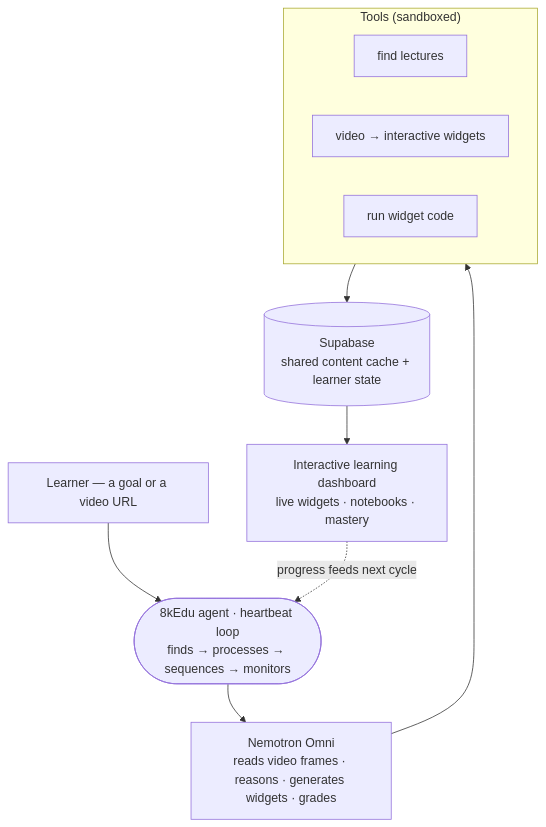
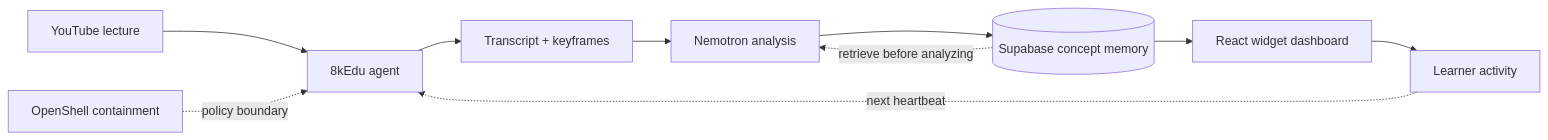
The diagram in README.md (8k-Edu/8kEdu), drawn with Mermaid before and after one commit. The commit also changed other lines of this file and 3 other files, not shown here.

````diff
--- a/README.md
+++ b/README.md
@@ -58,15 +46,12 @@
 ```mermaid
-flowchart TB
-  U["Learner — a goal or a video URL"] --> AG
-  AG(["8kEdu agent · heartbeat loop<br/>finds → processes → sequences → monitors"])
-  AG --> BRAIN["Nemotron Omni<br/>reads video frames · reasons · generates widgets · grades"]
-  BRAIN --> TOOLS
-  subgraph TOOLS["Tools (sandboxed)"]
-    F["find lectures"]
-    P["video → interactive widgets"]
-    R["run widget code"]
-  end
-  TOOLS --> CACHE[("Supabase<br/>shared content cache + learner state")]
-  CACHE --> DASH["Interactive learning dashboard<br/>live widgets · notebooks · mastery"]
-  DASH -. "progress feeds next cycle" .-> AG
+flowchart LR
+  V["YouTube lecture"] --> A["8kEdu agent"]
+  A --> I["Transcript + keyframes"]
+  I --> N["Nemotron analysis"]
+  N --> M[("Supabase concept memory")]
+  M --> W["React widget dashboard"]
+  W --> L["Learner activity"]
+  L -. "next heartbeat" .-> A
+  M -. "retrieve before analyzing" .-> N
+  O["OpenShell containment"] -. "policy boundary" .-> A
 ```
````
